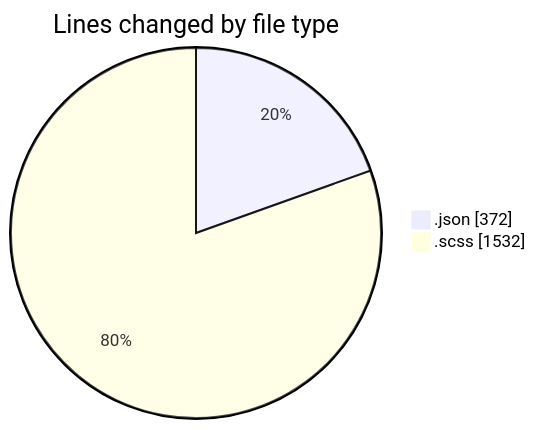
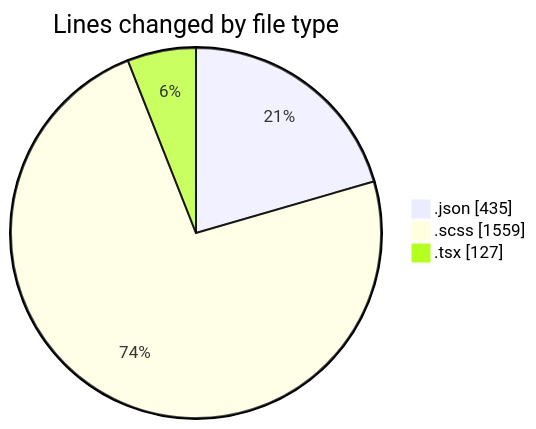
Before and after one commit to momahboobian/code-tracking: the first of 2 diagrams in 2026-08-11/cda/README.md, drawn with Mermaid. The commit also changed other lines of this file and 1 other file, not shown here.

````diff
--- a/2026-08-11/cda/README.md
+++ b/2026-08-11/cda/README.md
@@ -23,6 +25,7 @@
 ```mermaid
 pie showData
 title Lines changed by file type
-".json" : 372
-".scss" : 1532
+".json" : 435
+".scss" : 1559
+".tsx" : 127
 ```
````
